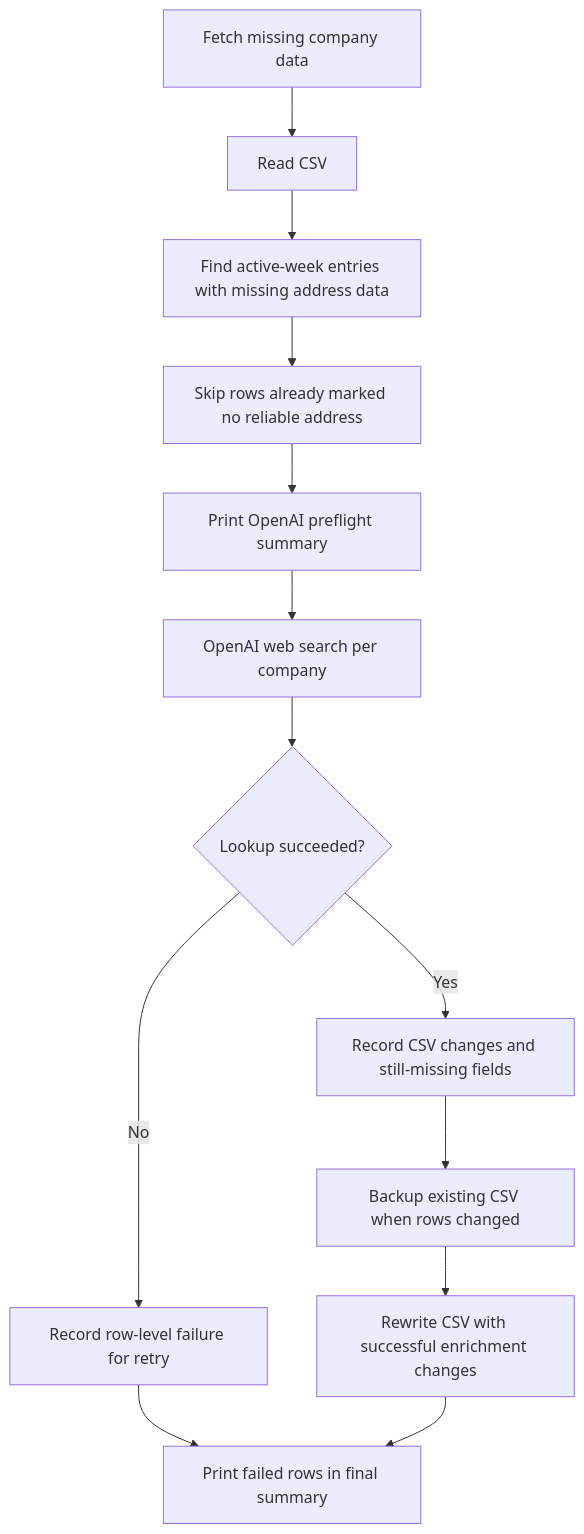
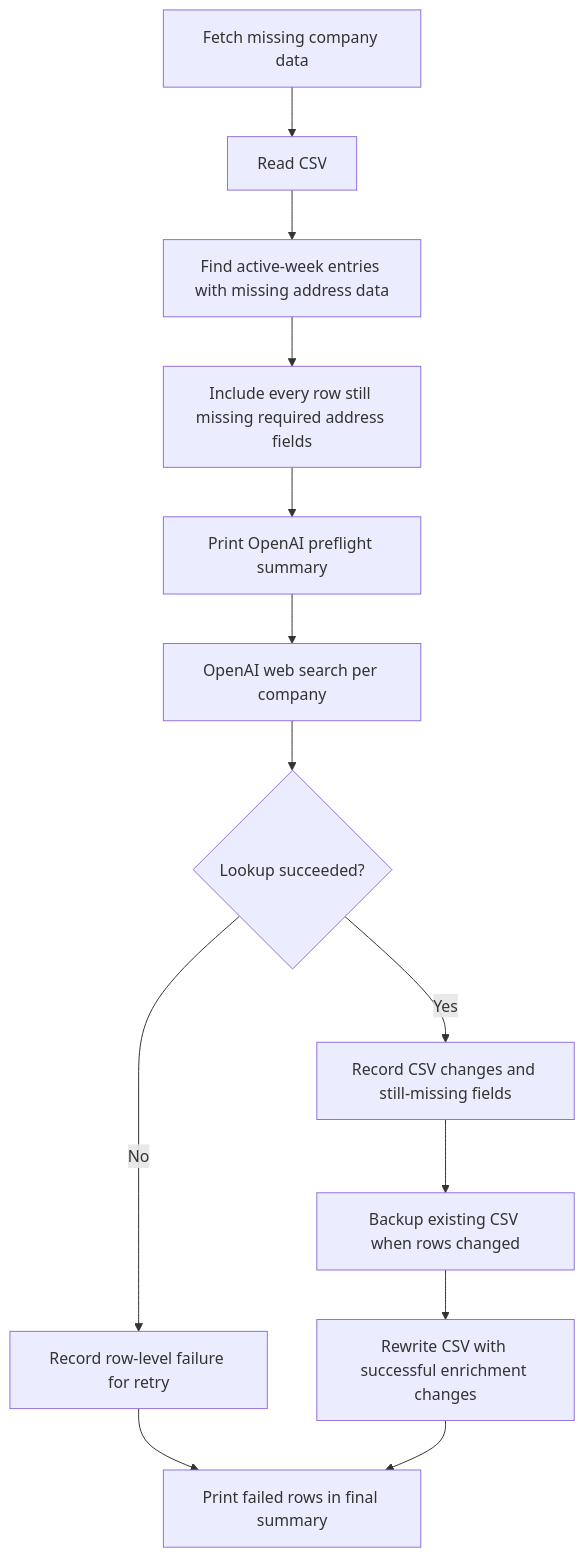
The fifth of 5 diagrams in README.md (idahotallpaul/work-search-reporter), drawn with Mermaid before and after one commit. The commit also changed other lines of this file and 3 other files, not shown here.

````diff
--- a/README.md
+++ b/README.md
@@ -234,15 +236,15 @@
 ```mermaid
 flowchart TD
   A["Fetch missing company data"] --> B["Read CSV"]
   B --> C["Find active-week entries with missing address data"]
-  C --> D["Skip rows already marked no reliable address"]
+  C --> D["Include every row still missing required address fields"]
   D --> E["Print OpenAI preflight summary"]
   E --> F["OpenAI web search per company"]
   F --> G{"Lookup succeeded?"}
   G -->|Yes| H["Record CSV changes and still-missing fields"]
   G -->|No| I["Record row-level failure for retry"]
   H --> J["Backup existing CSV when rows changed"]
   J --> K["Rewrite CSV with successful enrichment changes"]
   I --> L["Print failed rows in final summary"]
   K --> L
 ```
````
